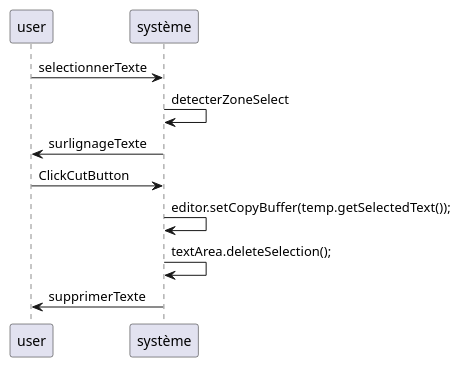
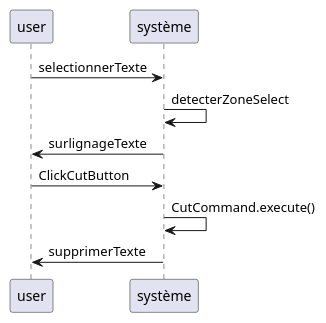
Before and after one commit to kiurow590/ESIR2_OMD_Project_Editor: the fifth of 12 diagrams in Readme.md, drawn with PlantUML. The commit also changed other lines of this file and 6 other files, not shown here.

Commit message:
Mise a jour du readme avec ajout de la V1 + image et correction des diagramme + ajout de la V2 avec diag mais en attente de rediscussion

````diff
--- a/Readme.md
+++ b/Readme.md
@@ -175,12 +200,11 @@
 ```plantuml
 @startuml
 'https://plantuml.com/sequence-diagram
 user -> système: selectionnerTexte
 système -> système: detecterZoneSelect
 système -> user: surlignageTexte
 user -> système: ClickCutButton
-système -> système: editor.setCopyBuffer(temp.getSelectedText());
-système -> système: textArea.deleteSelection();
+système -> système: CutCommand.execute()
 système -> user: supprimerTexte
 @enduml
 ```
````
